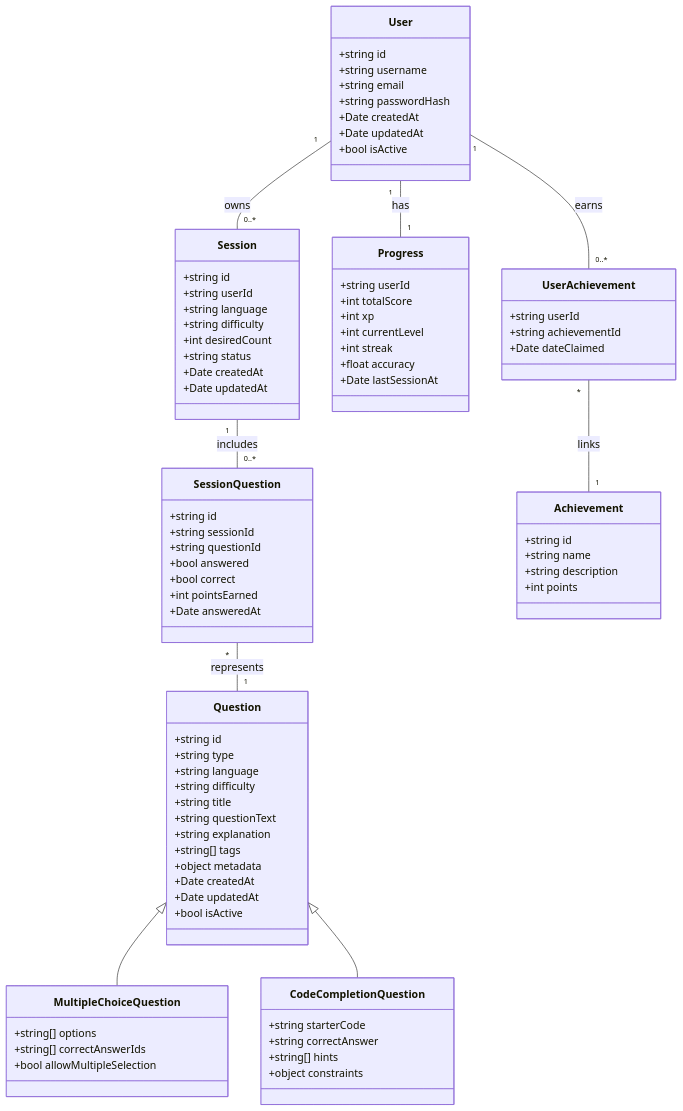
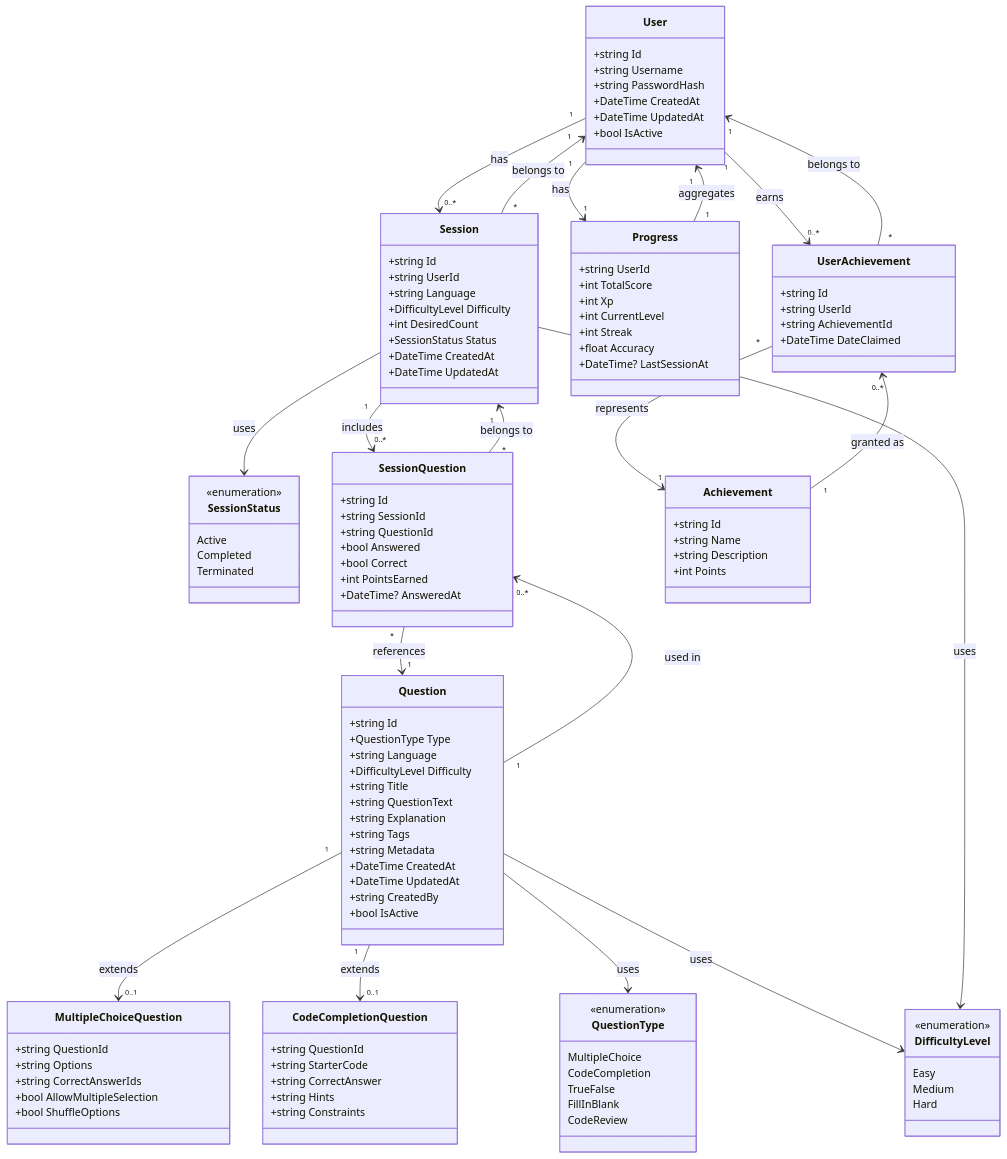
The first of 2 diagrams in docs/technical/entity-relationships.md (bprof-spec-codes/codelingo), drawn with Mermaid before and after one commit.

Commit message:
Update class diagramm

````diff
--- a/docs/technical/entity-relationships.md
+++ b/docs/technical/entity-relationships.md
@@ -16,85 +16,139 @@
 ```mermaid
 classDiagram
+    %% Enums
+    class QuestionType {
+        <<enumeration>>
+        MultipleChoice
+        CodeCompletion
+        TrueFalse
+        FillInBlank
+        CodeReview
+    }
+    
+    class DifficultyLevel {
+        <<enumeration>>
+        Easy
+        Medium
+        Hard
+    }
+    
+    class SessionStatus {
+        <<enumeration>>
+        Active
+        Completed
+        Terminated
+    }
+    
+    %% Core Entities
     class User {
-      +string id
-      +string username
-      +string email
-      +string passwordHash
-      +Date createdAt
-      +Date updatedAt
-      +bool isActive
+        +string Id
+        +string Username
+        +string PasswordHash
+        +DateTime CreatedAt
+        +DateTime UpdatedAt
+        +bool IsActive
     }
+    
     class Question {
-      +string id
-      +string type
-      +string language
-      +string difficulty
-      +string title
-      +string questionText
-      +string explanation
-      +string[] tags
-      +object metadata
-      +Date createdAt
-      +Date updatedAt
-      +bool isActive
+        +string Id
+        +QuestionType Type
+        +string Language
+        +DifficultyLevel Difficulty
+        +string Title
+        +string QuestionText
+        +string Explanation
+        +string Tags
+        +string Metadata
+        +DateTime CreatedAt
+        +DateTime UpdatedAt
+        +string CreatedBy
+        +bool IsActive
     }
+    
     class MultipleChoiceQuestion {
-      +string[] options
-      +string[] correctAnswerIds
-      +bool allowMultipleSelection
+        +string QuestionId
+        +string Options
+        +string CorrectAnswerIds
+        +bool AllowMultipleSelection
+        +bool ShuffleOptions
     }
+    
     class CodeCompletionQuestion {
-      +string starterCode
-      +string correctAnswer
-      +string[] hints
-      +object constraints
+        +string QuestionId
+        +string StarterCode
+        +string CorrectAnswer
+        +string Hints
+        +string Constraints
     }
+    
     class Session {
-      +string id
-      +string userId
-      +string language
-      +string difficulty
-      +int desiredCount
-      +string status
-      +Date createdAt
-      +Date updatedAt
+        +string Id
+        +string UserId
+        +string Language
+        +DifficultyLevel Difficulty
+        +int DesiredCount
+        +SessionStatus Status
+        +DateTime CreatedAt
+        +DateTime UpdatedAt
     }
+    
     class SessionQuestion {
-      +string id
-      +string sessionId
-      +string questionId
-      +bool answered
-      +bool correct
-      +int pointsEarned
-      +Date answeredAt
+        +string Id
+        +string SessionId
+        +string QuestionId
+        +bool Answered
+        +bool Correct
+        +int PointsEarned
+        +DateTime? AnsweredAt
     }
+    
     class Progress {
-      +string userId
-      +int totalScore
-      +int xp
-      +int currentLevel
-      +int streak
-      +float accuracy
-      +Date lastSessionAt
+        +string UserId
+        +int TotalScore
+        +int Xp
+        +int CurrentLevel
+        +int Streak
+        +float Accuracy
+        +DateTime? LastSessionAt
     }
+    
     class Achievement {
-      +string id
-      +string name
-      +string description
-      +int points
+        +string Id
+        +string Name
+        +string Description
+        +int Points
     }
+    
     class UserAchievement {
-      +string userId
-      +string achievementId
-      +Date dateClaimed
+        +string Id
+        +string UserId
+        +string AchievementId
+        +DateTime DateClaimed
     }
-
-    User "1" -- "0..*" Session : owns
-    Session "1" -- "0..*" SessionQuestion : includes
-    SessionQuestion "*" -- "1" Question : represents
-    User "1" -- "1" Progress : has
-    User "1" -- "0..*" UserAchievement : earns
-    UserAchievement "*" -- "1" Achievement : links
-    Question <|-- MultipleChoiceQuestion
-    Question <|-- CodeCompletionQuestion
+    
+    %% Relationships
+    User "1" --> "0..*" Session : has
+    User "1" --> "1" Progress : has
+    User "1" --> "0..*" UserAchievement : earns
+    
+    Session "1" --> "0..*" SessionQuestion : includes
+    Session "*" --> "1" User : belongs to
+    
+    Question "1" --> "0..*" SessionQuestion : used in
+    Question "1" --> "0..1" MultipleChoiceQuestion : extends
+    Question "1" --> "0..1" CodeCompletionQuestion : extends
+    Question --> QuestionType : uses
+    Question --> DifficultyLevel : uses
+    
+    SessionQuestion "*" --> "1" Session : belongs to
+    SessionQuestion "*" --> "1" Question : references
+    
+    Session --> SessionStatus : uses
+    Session --> DifficultyLevel : uses
+    
+    Progress "1" --> "1" User : aggregates
+    
+    Achievement "1" --> "0..*" UserAchievement : granted as
+    UserAchievement "*" --> "1" User : belongs to
+    UserAchievement "*" --> "1" Achievement : represents
 ```
````
